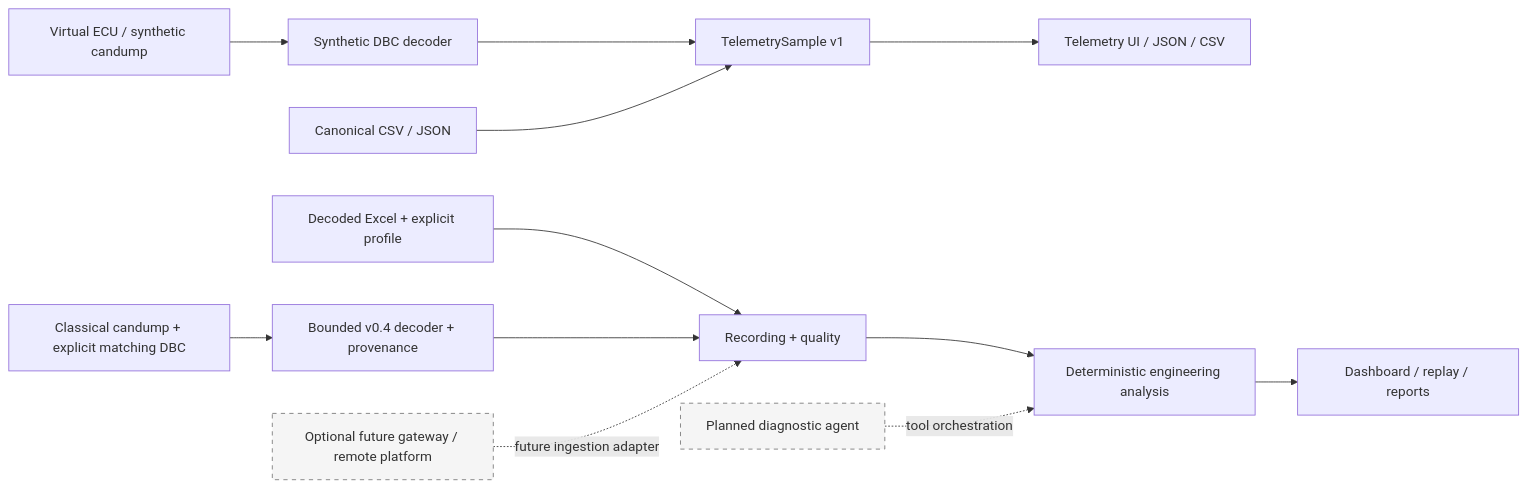
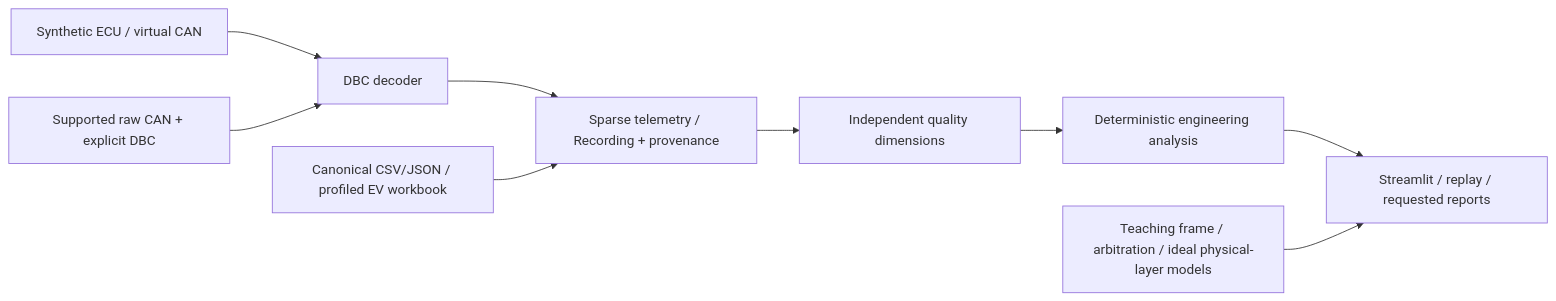
The diagram in README.md (AsherFerdinand/vcan-ecu-telemetry-dashboard), drawn with Mermaid before and after one commit. The commit also changed other lines of this file and 11 other files, not shown here.

````diff
--- a/README.md
+++ b/README.md
@@ -73,16 +68,11 @@
 ```mermaid
 flowchart LR
-  V[Virtual ECU / synthetic candump] --> D[Synthetic DBC decoder]
-  D --> T[TelemetrySample v1]
-  F[Canonical CSV / JSON] --> T
-  T --> O[Telemetry UI / JSON / CSV]
-  X[Decoded Excel + explicit profile] --> R[Recording + quality]
-  R --> E[Deterministic engineering analysis]
-  E --> P[Dashboard / replay / reports]
-  RAW[Classical candump + explicit matching DBC] --> AD[Bounded v0.4 decoder + provenance]
-  AD --> R
-  A[Planned diagnostic agent] -. tool orchestration .-> E
-  G[Optional future gateway / remote platform] -. future ingestion adapter .-> R
-  classDef planned fill:#f5f5f5,stroke:#777,stroke-dasharray:5 5;
-  class A,G planned;
+  S[Synthetic ECU / virtual CAN] --> D[DBC decoder]
+  C[Supported raw CAN + explicit DBC] --> D
+  D --> R[Sparse telemetry / Recording + provenance]
+  F[Canonical CSV/JSON / profiled EV workbook] --> R
+  R --> Q[Independent quality dimensions]
+  Q --> E[Deterministic engineering analysis]
+  E --> O[Streamlit / replay / requested reports]
+  T[Teaching frame / arbitration / ideal physical-layer models] --> O
 ```
````
